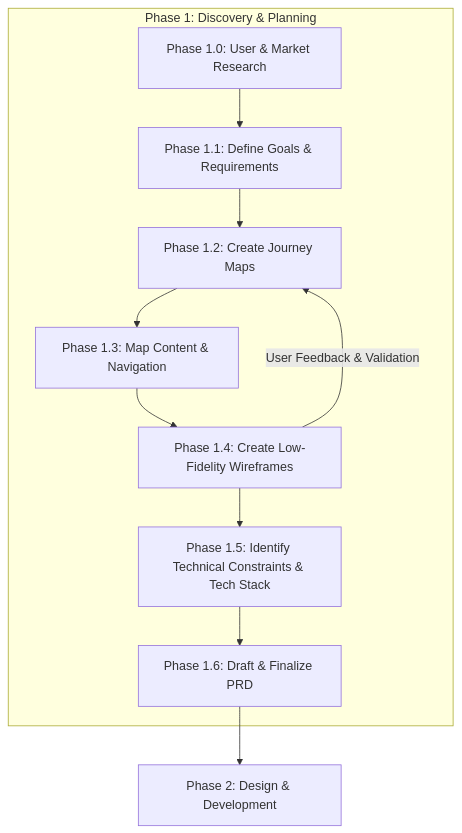
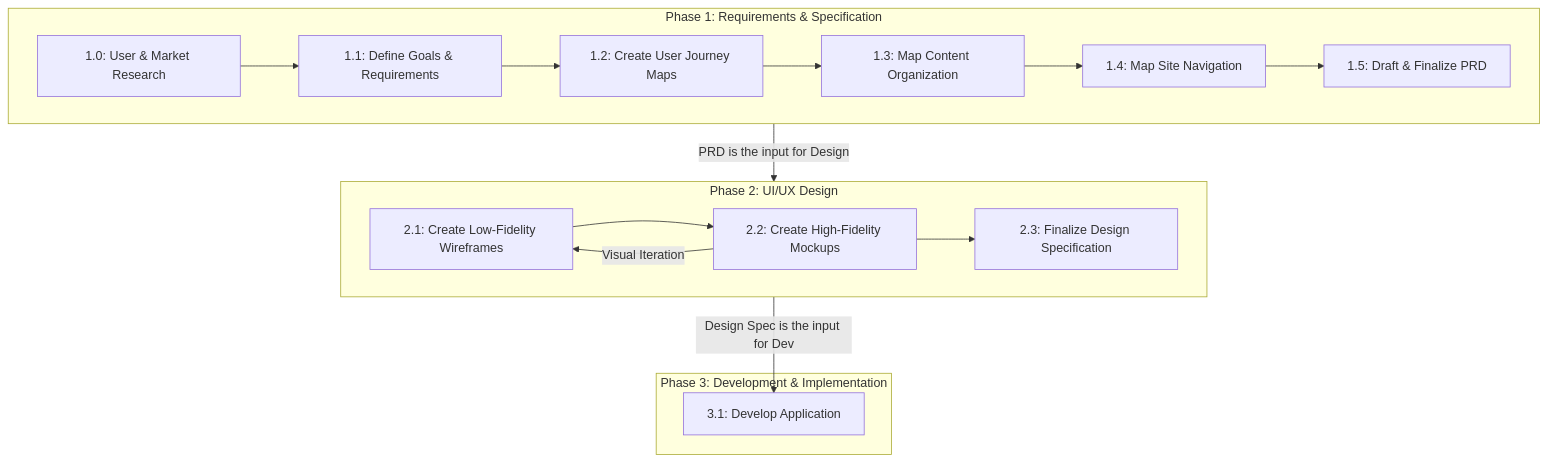
One commit to Mharbulous/Front-First-Method changed the second of 2 diagrams in Phases/FF-phase1.md. Above: the diagram before and after it, drawn with Mermaid.

````diff
--- a/Phases/FF-phase1.md
+++ b/Phases/FF-phase1.md
@@ -18,15 +18,25 @@
 ```mermaid
 graph TD
-
-    subgraph Phase1["Phase 1: Discovery & Planning"]
-        Phase1_0["Phase 1.0: User & Market Research"] --> Phase1_1["Phase 1.1: Define Goals & Requirements"]
-        Phase1_1 --> Phase1_2["Phase 1.2: Create Journey Maps"]
-        Phase1_2 --> Phase1_3["Phase 1.3: Map Content & Navigation"]
-        Phase1_3 --> Phase1_4["Phase 1.4: Create Low-Fidelity Wireframes"]
-        Phase1_4 -- "User Feedback & Validation" --> Phase1_2
-        Phase1_4 --> Phase1_5["Phase 1.5: Identify Technical Constraints & Tech Stack"]
-        Phase1_5 --> Phase1_6["Phase 1.6: Draft & Finalize PRD"]
+    subgraph Phase 1 [Phase 1: Requirements & Specification]
+        direction LR
+        A["1.0: User & Market Research"] --> B["1.1: Define Goals & Requirements"]
+        B --> C["1.2: Create User Journey Maps"]
+        C --> D["1.3: Map Content Organization"]
+        D --> E["1.4: Map Site Navigation"]
+        E --> F["1.5: Draft & Finalize PRD"]
     end
 
-    Phase1_6 --> Phase2["Phase 2: Design & Development"]
+    subgraph Phase 2 [Phase 2: UI/UX Design]
+        direction LR
+        G["2.1: Create Low-Fidelity Wireframes"] --> H["2.2: Create High-Fidelity Mockups"]
+        H -- "Visual Iteration" --> G
+        H --> I["2.3: Finalize Design Specification"]
+    end
+
+    subgraph Phase 3 [Phase 3: Development & Implementation]
+       J["3.1: Develop Application"]
+    end
+
+    F -- "PRD is the input for Design" --> G
+    I -- "Design Spec is the input for Dev" --> J
 ```
````
